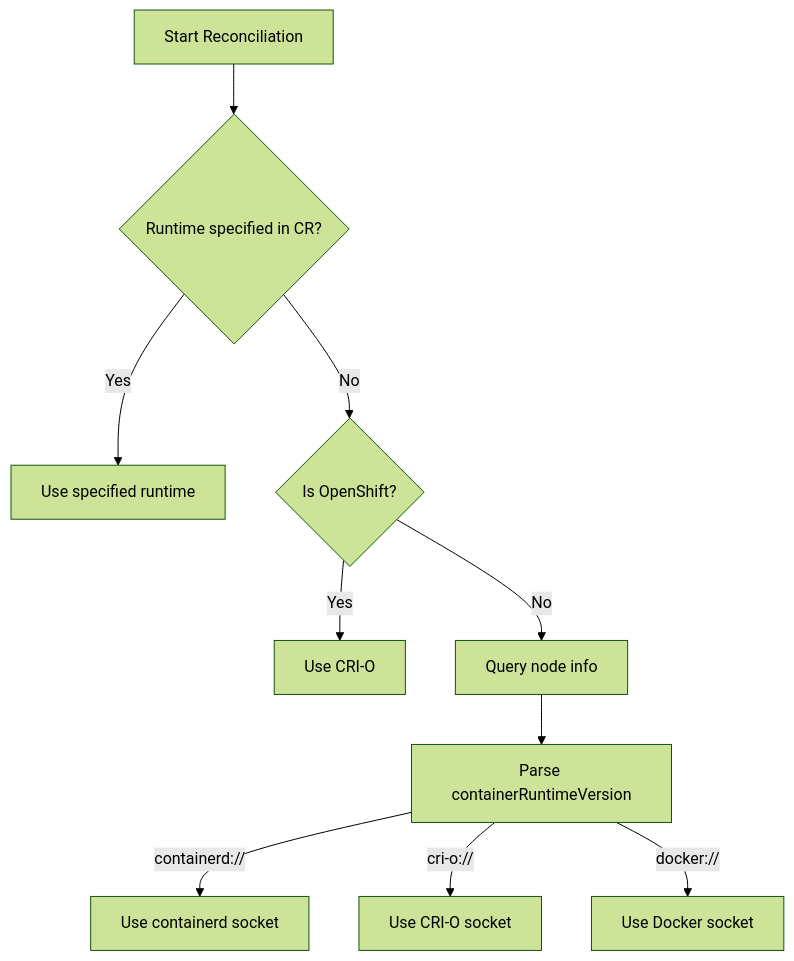
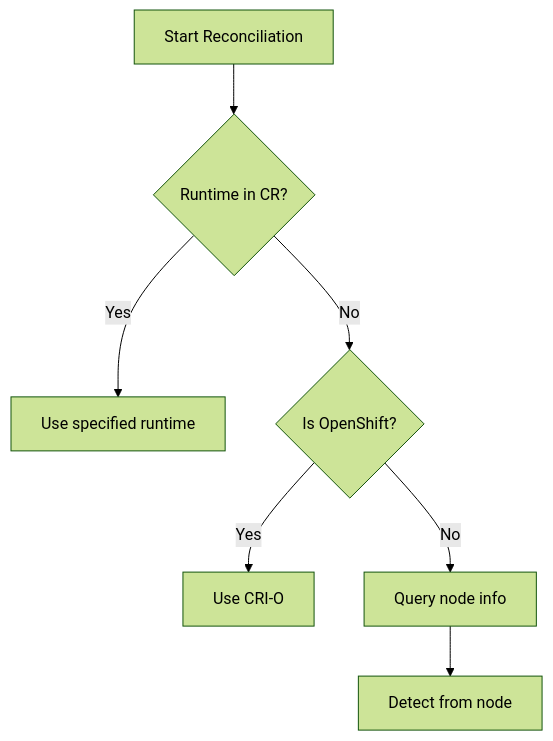
One commit to nelssec/qualys-nanny changed the sixth of 11 diagrams in docs/blog.md. Above: the diagram before and after it, drawn with Mermaid (forest theme). The commit also changed other lines of this file and 15 other files, not shown here.

````diff
--- a/docs/blog.md
+++ b/docs/blog.md
@@ -234,21 +208,16 @@
 ```mermaid
 flowchart TD
     START[Start Reconciliation]
-    CHECK_SPEC{Runtime specified in CR?}
+    CHECK{Runtime in CR?}
     USE_SPEC[Use specified runtime]
-    CHECK_OCP{Is OpenShift?}
+    OCP{Is OpenShift?}
     USE_CRIO[Use CRI-O]
-    CHECK_NODE[Query node info]
-    PARSE[Parse containerRuntimeVersion]
+    NODE[Query node info]
 
-    START --> CHECK_SPEC
-    CHECK_SPEC -->|Yes| USE_SPEC
-    CHECK_SPEC -->|No| CHECK_OCP
-    CHECK_OCP -->|Yes| USE_CRIO
-    CHECK_OCP -->|No| CHECK_NODE
-    CHECK_NODE --> PARSE
-
-    PARSE -->|containerd://| CONTAINERD[Use containerd socket]
-    PARSE -->|cri-o://| CRIO2[Use CRI-O socket]
-    PARSE -->|docker://| DOCKER[Use Docker socket]
+    START --> CHECK
+    CHECK -->|Yes| USE_SPEC
+    CHECK -->|No| OCP
+    OCP -->|Yes| USE_CRIO
+    OCP -->|No| NODE
+    NODE --> DETECT[Detect from node]
 ```
````
